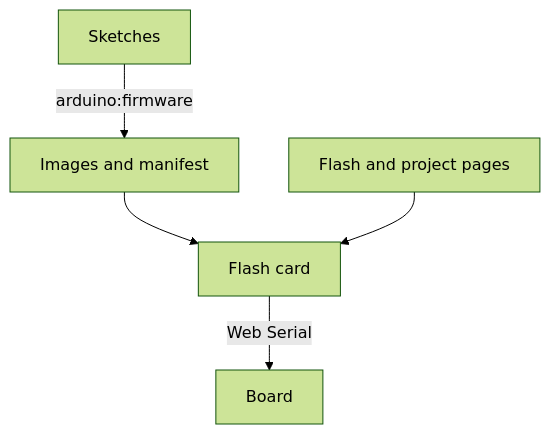
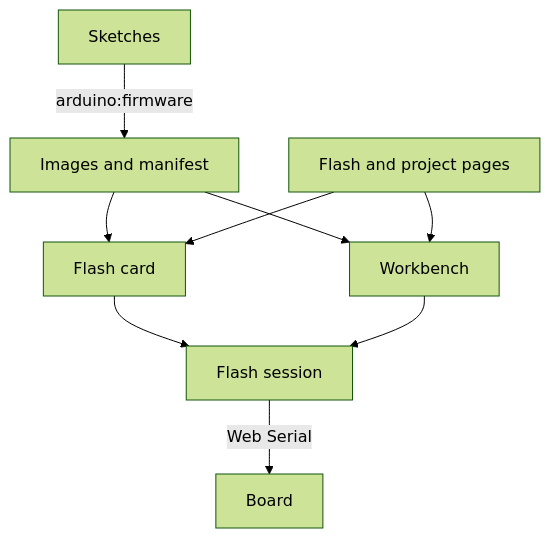
Before and after one commit to lmarqs/esp-rc-car: the second of 2 diagrams in docs/architecture.md, drawn with Mermaid (forest theme). The commit also changed other lines of this file and 4 other files, not shown here.

Commit message:
Read the flash slice through its entry point in the workbench, and after a failed flash say to connect again

````diff
--- a/docs/architecture.md
+++ b/docs/architecture.md
@@ -90,7 +91,11 @@
 ```mermaid
 flowchart TD
   sketches[Sketches] -->|arduino:firmware| images[Images and manifest]
   images --> card[Flash card]
+  images --> workbench
   pages[Flash and project pages] --> card
-  card -->|Web Serial| board[Board]
+  pages --> workbench[Workbench]
+  card --> session[Flash session]
+  workbench --> session
+  session -->|Web Serial| board[Board]
 ```
````
